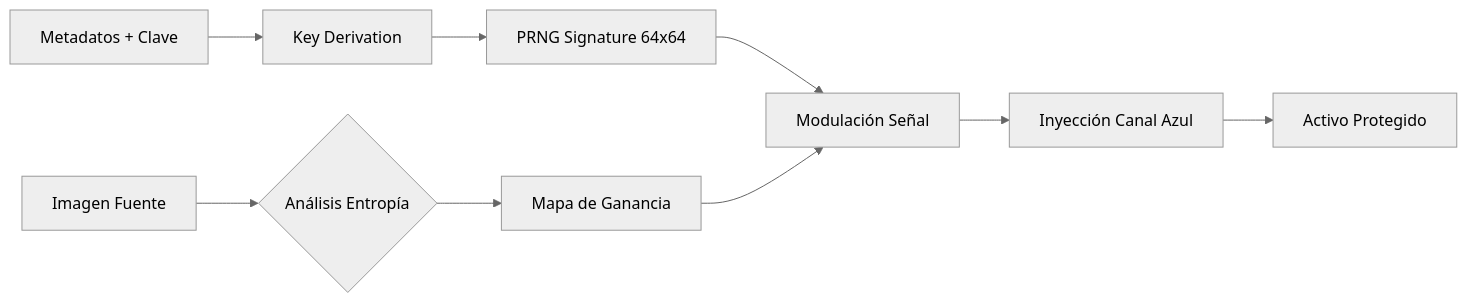
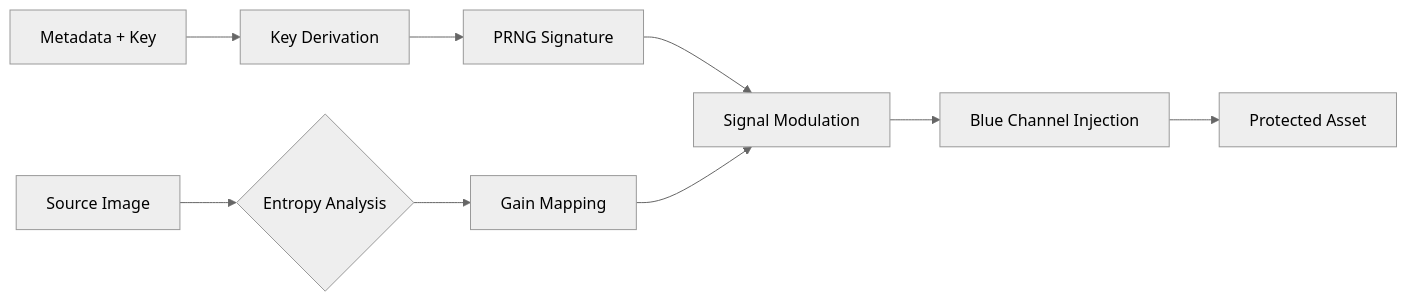
Before and after one commit to Cyrah2R/lumatrace: the diagram in lumatrace-core/README.md, drawn with Mermaid (neutral theme). The commit also changed other lines of this file and 2 other files, not shown here.

````diff
--- a/lumatrace-core/README.md
+++ b/lumatrace-core/README.md
@@ -13,11 +13,11 @@
 ```mermaid
 graph LR
-    A[Imagen Fuente] --> B{Análisis Entropía};
-    C[Metadatos + Clave] --> D[Key Derivation];
-    D --> E[PRNG Signature 64x64];
-    B --> F[Mapa de Ganancia];
-    E --> G[Modulación Señal];
-    F --> G;
-    G --> H[Inyección Canal Azul];
-    H --> I[Activo Protegido];
+A[Source Image] --> B{Entropy Analysis}
+C[Metadata + Key] --> D[Key Derivation]
+D --> E[PRNG Signature]
+B --> F[Gain Mapping]
+E --> G[Signal Modulation]
+F --> G
+G --> H[Blue Channel Injection]
+H --> I[Protected Asset]
 ```
````
